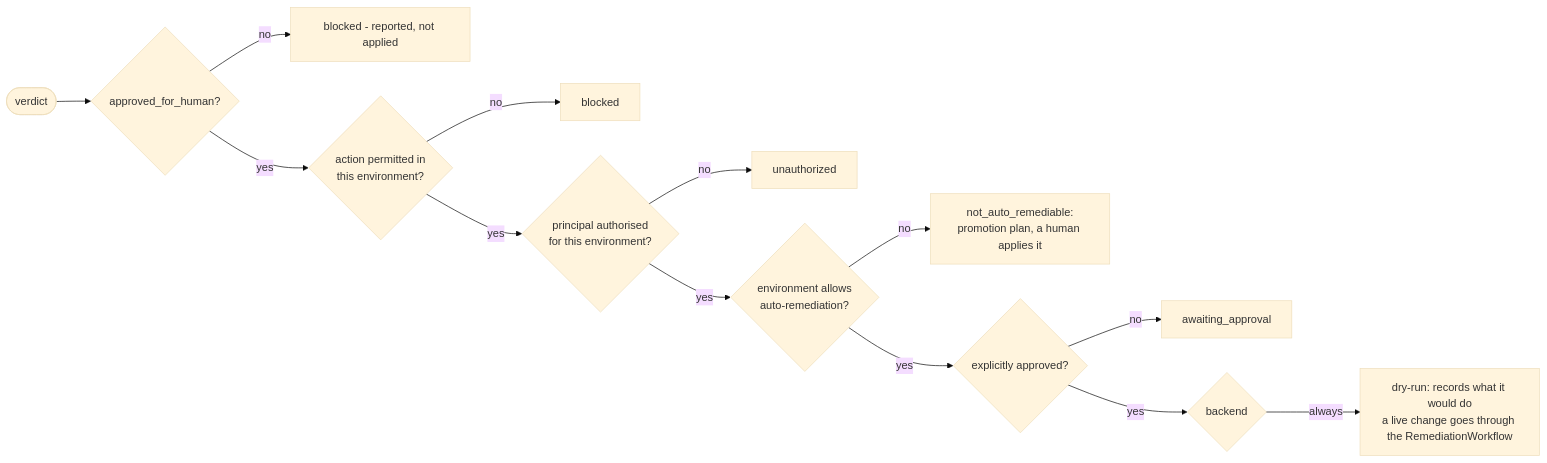
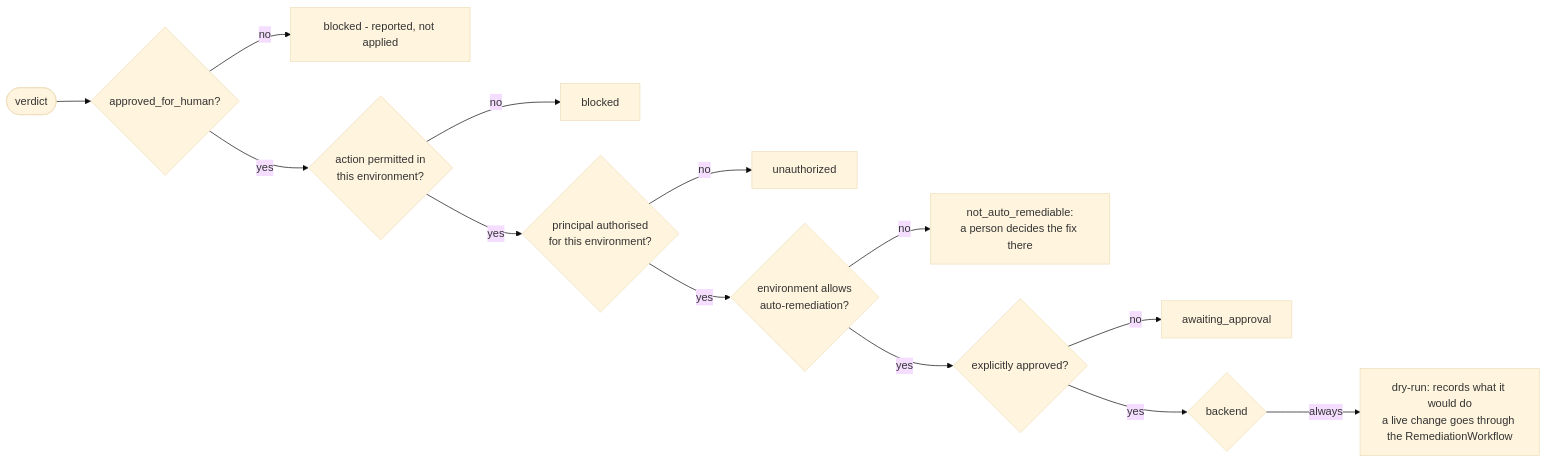
One commit to veerarakesh56/warden changed the fifth of 10 diagrams in README.md. Above: the diagram before and after it, drawn with Mermaid (base theme). The commit also changed other lines of this file and 32 other files, not shown here.

````diff
--- a/README.md
+++ b/README.md
@@ -774,15 +776,15 @@
 ```mermaid
 flowchart LR
     V([verdict]) --> Q1{approved_for_human?}
     Q1 -->|no| N1[blocked - reported, not applied]
     Q1 -->|yes| Q2{action permitted in<br/>this environment?}
     Q2 -->|no| N2[blocked]
     Q2 -->|yes| Q3{principal authorised<br/>for this environment?}
     Q3 -->|no| N3[unauthorized]
     Q3 -->|yes| Q4{environment allows<br/>auto-remediation?}
-    Q4 -->|no| N4[not_auto_remediable:<br/>promotion plan, a human applies it]
+    Q4 -->|no| N4[not_auto_remediable:<br/>a person decides the fix there]
     Q4 -->|yes| Q5{explicitly approved?}
     Q5 -->|no| N5[awaiting_approval]
     Q5 -->|yes| B{backend}
     B -->|always| DR[dry-run: records what it would do<br/>a live change goes through the RemediationWorkflow]
 ```
````
